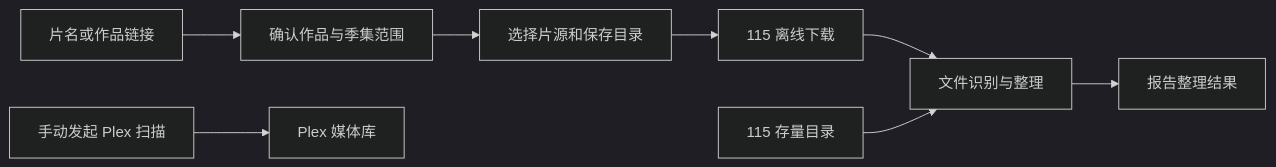
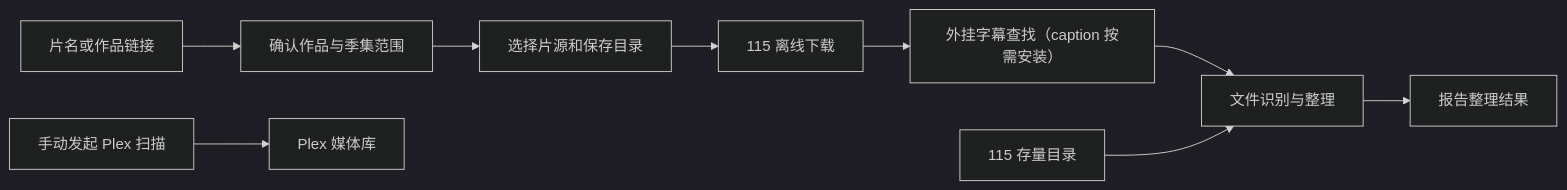
Before and after one commit to countott/telepiplex: the diagram in README.md, drawn with Mermaid (dark theme). The commit also changed other lines of this file and 111 other files, not shown here.

````diff
--- a/README.md
+++ b/README.md
@@ -11,10 +11,11 @@
 ```mermaid
 flowchart LR
     A[片名或作品链接] --> B[确认作品与季集范围]
     B --> C[选择片源和保存目录]
     C --> D[115 离线下载]
-    D --> E[文件识别与整理]
+    D --> S[外挂字幕查找（caption 按需安装）]
+    S --> E[文件识别与整理]
     E --> F[报告整理结果]
     G[115 存量目录] --> E
     H[手动发起 Plex 扫描] --> I[Plex 媒体库]
 ```
````
